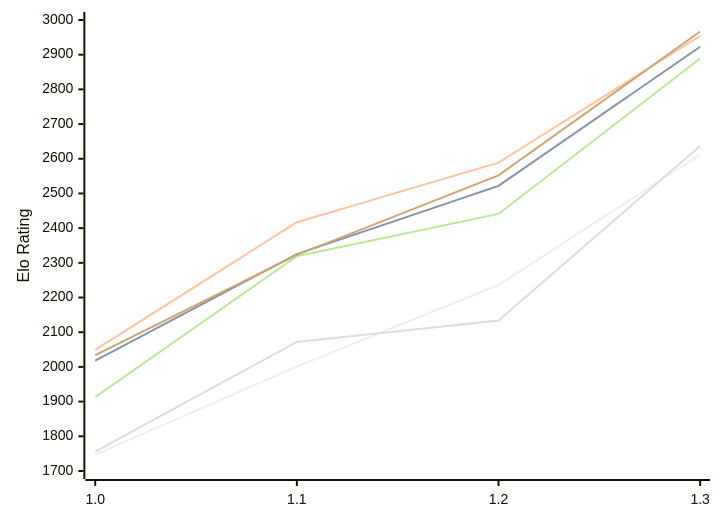
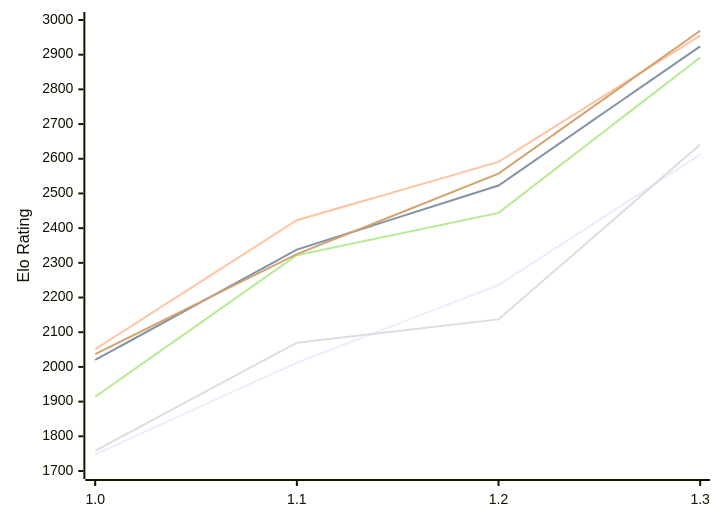
Before and after one commit to computer-chess-index/cci: the first of 2 diagrams in engines/Echekinator.md, drawn with Mermaid. The commit also changed other lines of this file, not shown here.

Commit message:
Update CCI Ratings (ELO VLTC) - 2026-11-24

````diff
--- a/engines/Echekinator.md
+++ b/engines/Echekinator.md
@@ -54,12 +54,12 @@
 ```mermaid
 %%{init: {"theme":"base","themeVariables":{"seriesColors:['#a3a3a3','#222221','#faa371']}}}%%
 xychart-beta
   x-axis ["1.0", "1.1", "1.2", "1.3"]
   y-axis "Elo Rating" 1700 --> 3000
-  line "E1: STC (8.0+0.08s)" [1747, 2001, 2236, 2612]
-  line "E1: LTC (60.0+0.60s)" [2018, 2325, 2522, 2923]
-  line "E1: VLTC (2m24s+1.12s)" [2049, 2417, 2589, 2954]
-  line "P1: STC (8.0+0.08s)" [1756, 2072, 2134, 2637]
-  line "P1: LTC (60.0+0.60s)" [1913, 2319, 2441, 2889]
-  line "P1: VLTC (2m24s+1.12s)" [2034, 2323, 2552, 2967]
+  line "E1: STC (8.0+0.08s)" [1748, 2012, 2236, 2612]
+  line "E1: LTC (60.0+0.60s)" [2020, 2338, 2523, 2924]
+  line "E1: VLTC (2m24s+1.12s)" [2051, 2423, 2591, 2955]
+  line "P1: STC (8.0+0.08s)" [1758, 2070, 2137, 2641]
+  line "P1: LTC (60.0+0.60s)" [1914, 2322, 2444, 2892]
+  line "P1: VLTC (2m24s+1.12s)" [2037, 2325, 2557, 2969]
 ```
````
